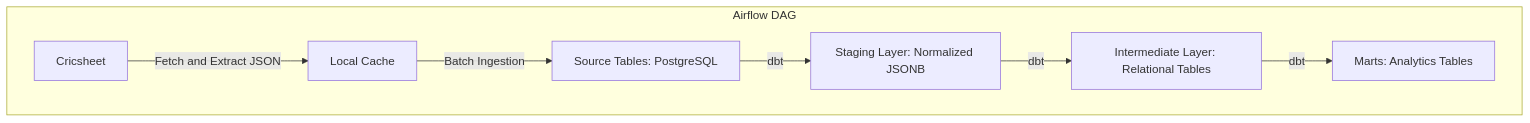
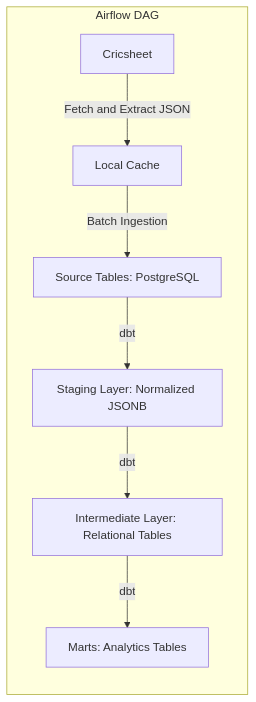
The first of 2 diagrams in README.md (shsiddhant/cricket-warehouse), drawn with Mermaid before and after one commit. The commit also changed other lines of this file, not shown here.

````diff
--- a/README.md
+++ b/README.md
@@ -170,15 +170,15 @@
 ```mermaid
-flowchart TD
+flowchart LR
 
 subgraph Airflow DAG
     A[Cricsheet] -->|Fetch and Extract JSON| B[Local Cache]
     B -->|Batch Ingestion| C[Source Tables: PostgreSQL]
 
 C -->|dbt| D[Staging Layer: Normalized JSONB]
 
 D -->|dbt| E[Intermediate Layer: Relational Tables]
 
 E -->|dbt| F[Marts: Analytics Tables]
 
 end
 ```
````
